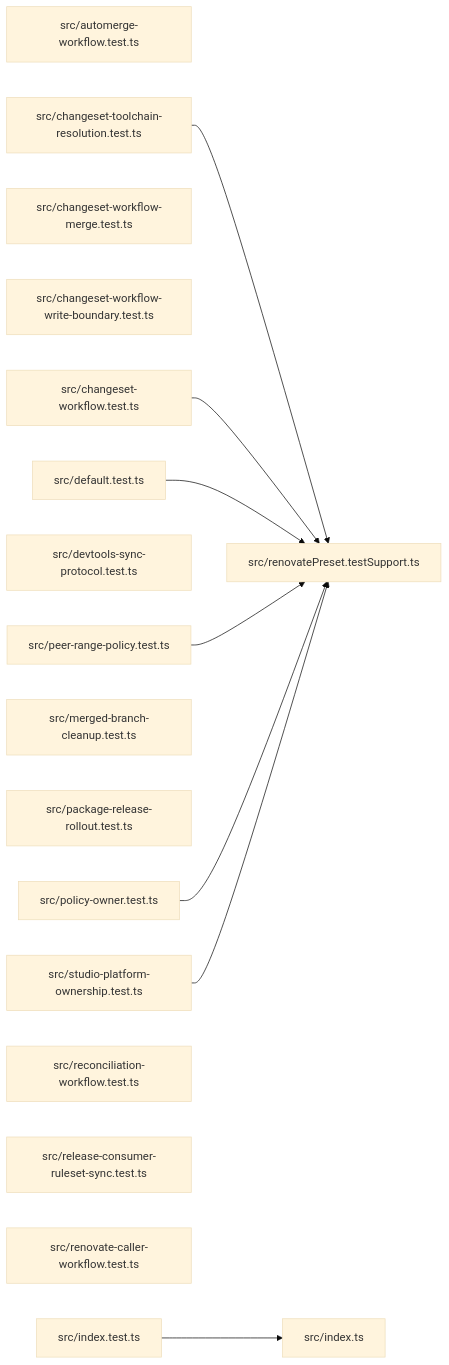
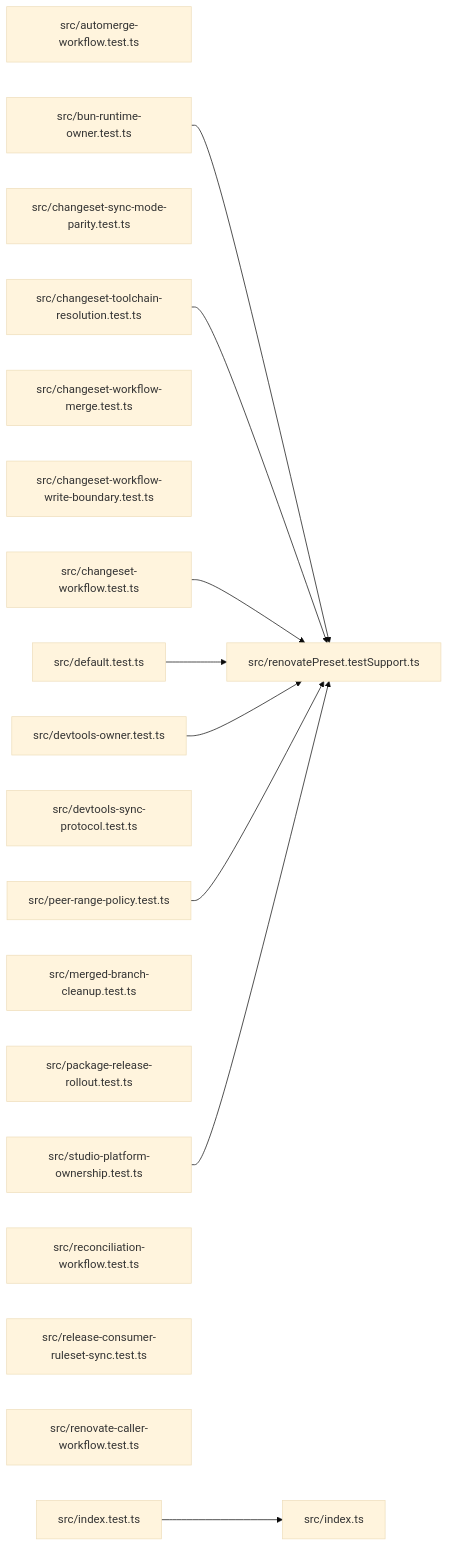
Before and after one commit to ankhorage/renovate: the diagram in paradox/diagrams/module-relationships.mmd, drawn with Mermaid (base theme). The commit also changed 9 other files, not shown here.

```diff
--- a/paradox/diagrams/module-relationships.mmd
+++ b/paradox/diagrams/module-relationships.mmd
@@ -1,26 +1,29 @@
 graph LR
   module_src_automerge_workflow_test_ts["src/automerge-workflow.test.ts"]
+  module_src_bun_runtime_owner_test_ts["src/bun-runtime-owner.test.ts"]
+  module_src_changeset_sync_mode_parity_test_ts["src/changeset-sync-mode-parity.test.ts"]
   module_src_changeset_toolchain_resolution_test_ts["src/changeset-toolchain-resolution.test.ts"]
   module_src_changeset_workflow_merge_test_ts["src/changeset-workflow-merge.test.ts"]
   module_src_changeset_workflow_write_boundary_test_ts["src/changeset-workflow-write-boundary.test.ts"]
   module_src_changeset_workflow_test_ts["src/changeset-workflow.test.ts"]
   module_src_default_test_ts["src/default.test.ts"]
+  module_src_devtools_owner_test_ts["src/devtools-owner.test.ts"]
   module_src_devtools_sync_protocol_test_ts["src/devtools-sync-protocol.test.ts"]
   module_src_index_test_ts["src/index.test.ts"]
   module_src_index_ts["src/index.ts"]
   module_src_merged_branch_cleanup_test_ts["src/merged-branch-cleanup.test.ts"]
   module_src_package_release_rollout_test_ts["src/package-release-rollout.test.ts"]
   module_src_peer_range_policy_test_ts["src/peer-range-policy.test.ts"]
-  module_src_policy_owner_test_ts["src/policy-owner.test.ts"]
   module_src_reconciliation_workflow_test_ts["src/reconciliation-workflow.test.ts"]
   module_src_release_consumer_ruleset_sync_test_ts["src/release-consumer-ruleset-sync.test.ts"]
   module_src_renovate_caller_workflow_test_ts["src/renovate-caller-workflow.test.ts"]
   module_src_renovatePreset_testSupport_ts["src/renovatePreset.testSupport.ts"]
   module_src_studio_platform_ownership_test_ts["src/studio-platform-ownership.test.ts"]
+  module_src_bun_runtime_owner_test_ts --> module_src_renovatePreset_testSupport_ts
   module_src_changeset_toolchain_resolution_test_ts --> module_src_renovatePreset_testSupport_ts
   module_src_changeset_workflow_test_ts --> module_src_renovatePreset_testSupport_ts
   module_src_default_test_ts --> module_src_renovatePreset_testSupport_ts
+  module_src_devtools_owner_test_ts --> module_src_renovatePreset_testSupport_ts
   module_src_index_test_ts --> module_src_index_ts
   module_src_peer_range_policy_test_ts --> module_src_renovatePreset_testSupport_ts
-  module_src_policy_owner_test_ts --> module_src_renovatePreset_testSupport_ts
   module_src_studio_platform_ownership_test_ts --> module_src_renovatePreset_testSupport_ts
```
